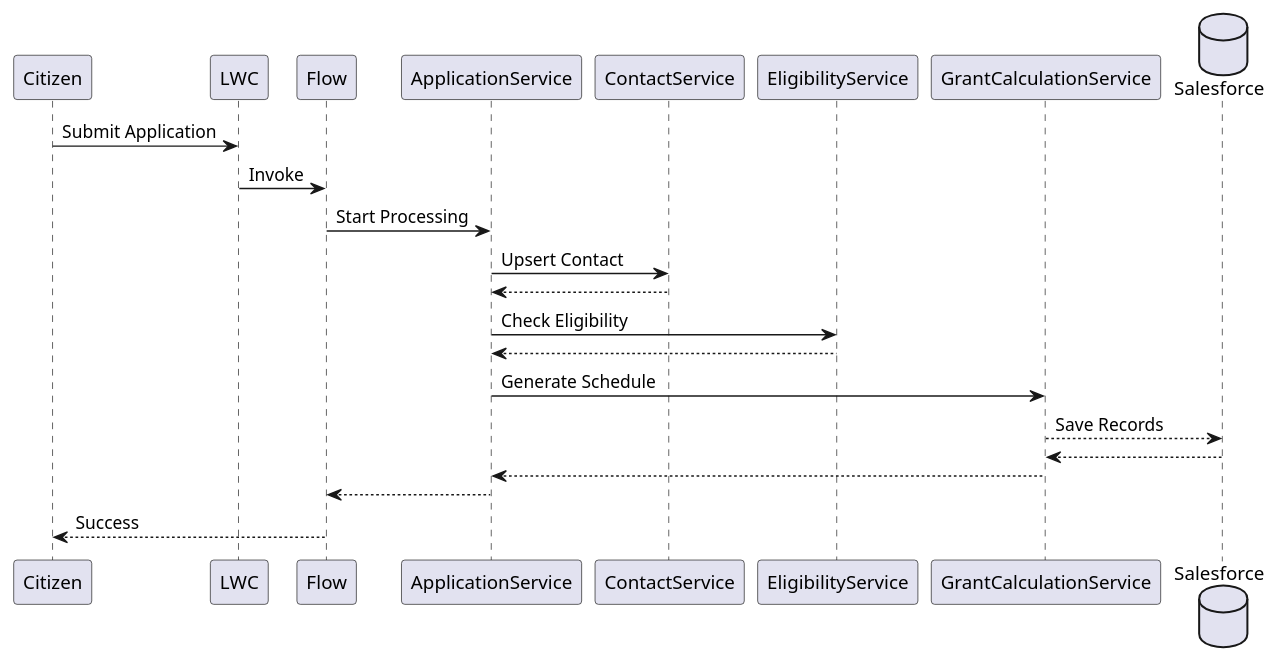
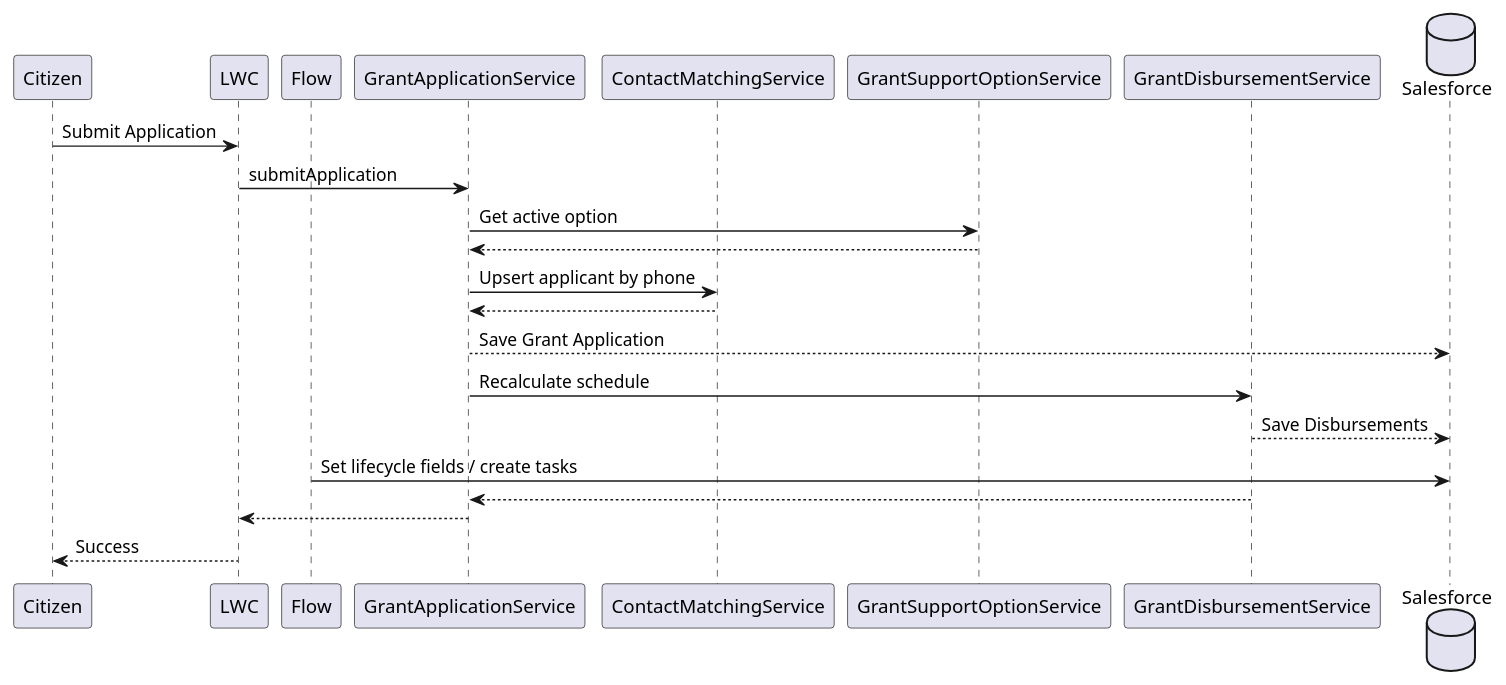
One commit to jimmytobing/virtusa changed the diagram in doc/3.7 Service Interaction Diagram.puml. Above: the diagram before and after it, drawn with PlantUML. The commit also changed 16 other files, not shown here.

```diff
--- a/doc/3.7 Service Interaction Diagram.puml
+++ b/doc/3.7 Service Interaction Diagram.puml
@@ -1,45 +1,45 @@
 @startuml
 
 participant Citizen
 
 participant LWC
 
 participant Flow
 
-participant ApplicationService
+participant GrantApplicationService
 
-participant ContactService
+participant ContactMatchingService
 
-participant EligibilityService
+participant GrantSupportOptionService
 
-participant GrantCalculationService
+participant GrantDisbursementService
 
 database Salesforce
 
 Citizen -> LWC : Submit Application
 
-LWC -> Flow : Invoke
+LWC -> GrantApplicationService : submitApplication
 
-Flow -> ApplicationService : Start Processing
+GrantApplicationService -> GrantSupportOptionService : Get active option
 
-ApplicationService -> ContactService : Upsert Contact
+GrantSupportOptionService --> GrantApplicationService
 
-ContactService --> ApplicationService
+GrantApplicationService -> ContactMatchingService : Upsert applicant by phone
 
-ApplicationService -> EligibilityService : Check Eligibility
+ContactMatchingService --> GrantApplicationService
 
-EligibilityService --> ApplicationService
+GrantApplicationService --> Salesforce : Save Grant Application
 
-ApplicationService -> GrantCalculationService : Generate Schedule
+GrantApplicationService -> GrantDisbursementService : Recalculate schedule
 
-GrantCalculationService --> Salesforce : Save Records
+GrantDisbursementService --> Salesforce : Save Disbursements
 
-Salesforce --> GrantCalculationService
+Flow -> Salesforce : Set lifecycle fields / create tasks
 
-GrantCalculationService --> ApplicationService
+GrantDisbursementService --> GrantApplicationService
 
-ApplicationService --> Flow
+GrantApplicationService --> LWC
 
-Flow --> Citizen : Success
+LWC --> Citizen : Success
 
 @enduml
```
